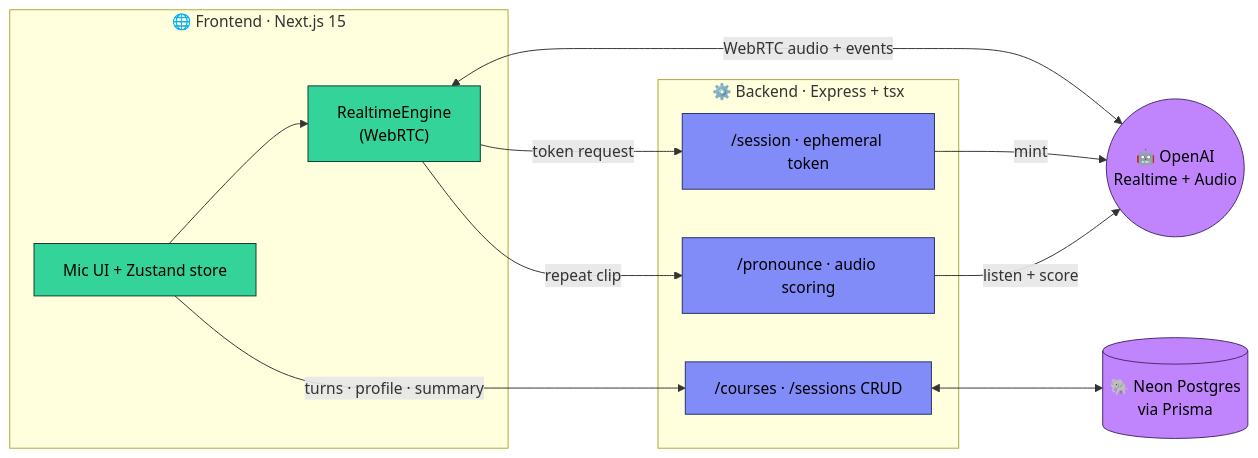
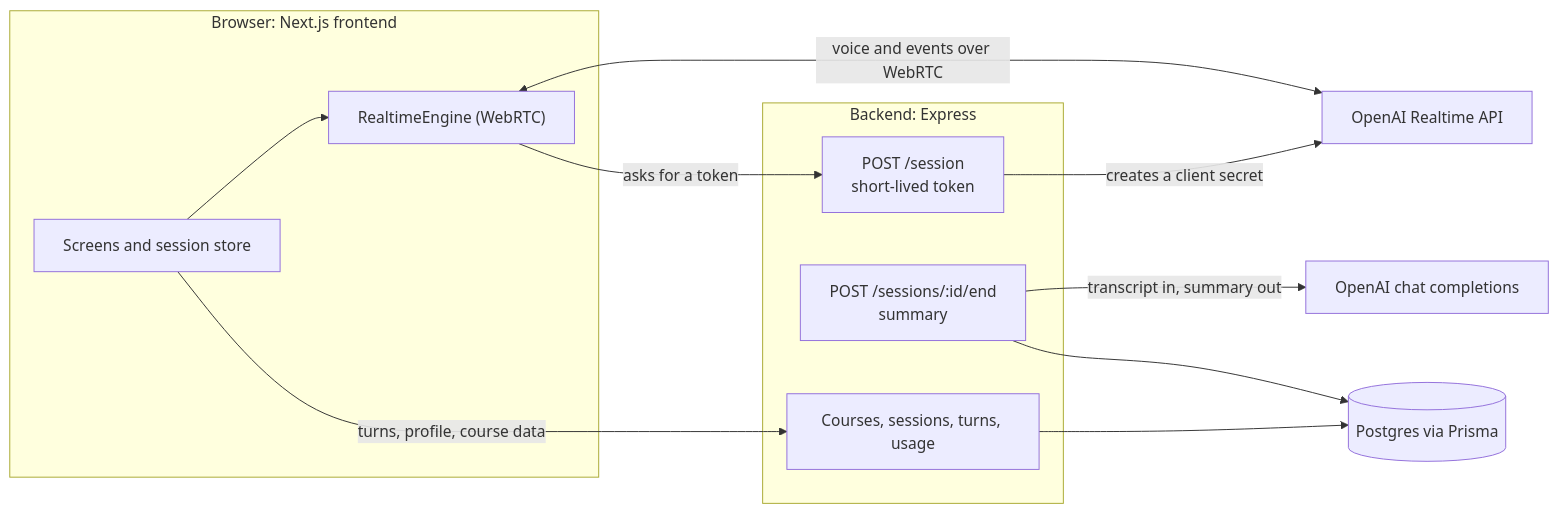
Before and after one commit to ManasBorole/Christopher: the first of 2 diagrams in README.md, drawn with Mermaid. The commit also changed other lines of this file and 1 other file, not shown here.

````diff
--- a/README.md
+++ b/README.md
@@ -107,32 +68,26 @@
 ```mermaid
 flowchart LR
-    subgraph Browser["🌐 Frontend · Next.js 15"]
-        UI["Mic UI + Zustand store"]
-        RE["RealtimeEngine<br/>(WebRTC)"]
+    subgraph browser["Browser: Next.js frontend"]
+        ui["Screens and session store"]
+        engine["RealtimeEngine (WebRTC)"]
     end
 
-    subgraph Server["⚙️ Backend · Express + tsx"]
-        S["/session · ephemeral token"]
-        P["/pronounce · audio scoring"]
-        C["/courses · /sessions CRUD"]
+    subgraph api["Backend: Express"]
+        token["POST /session<br/>short-lived token"]
+        data["Courses, sessions, turns, usage"]
+        summary["POST /sessions/:id/end<br/>summary"]
     end
 
-    OA(("🤖 OpenAI<br/>Realtime + Audio"))
-    DB[("🐘 Neon Postgres<br/>via Prisma")]
+    realtime["OpenAI Realtime API"]
+    chat["OpenAI chat completions"]
+    db[("Postgres via Prisma")]
 
-    UI --> RE
-    RE <-->|"WebRTC audio + events"| OA
-    RE -->|"token request"| S
-    S -->|"mint"| OA
-    RE -->|"repeat clip"| P
-    P -->|"listen + score"| OA
-    UI -->|"turns · profile · summary"| C
-    C <--> DB
-
-    classDef fe fill:#34d399,stroke:#0d3b2e,color:#000;
-    classDef be fill:#818cf8,stroke:#26306b,color:#000;
-    classDef ext fill:#c084fc,stroke:#4a2a6b,color:#000;
-    class UI,RE fe;
-    class S,P,C be;
-    class OA,DB ext;
+    ui --> engine
+    engine -->|"asks for a token"| token
+    token -->|"creates a client secret"| realtime
+    engine <-->|"voice and events over WebRTC"| realtime
+    ui -->|"turns, profile, course data"| data
+    data --> db
+    summary -->|"transcript in, summary out"| chat
+    summary --> db
 ```
````
